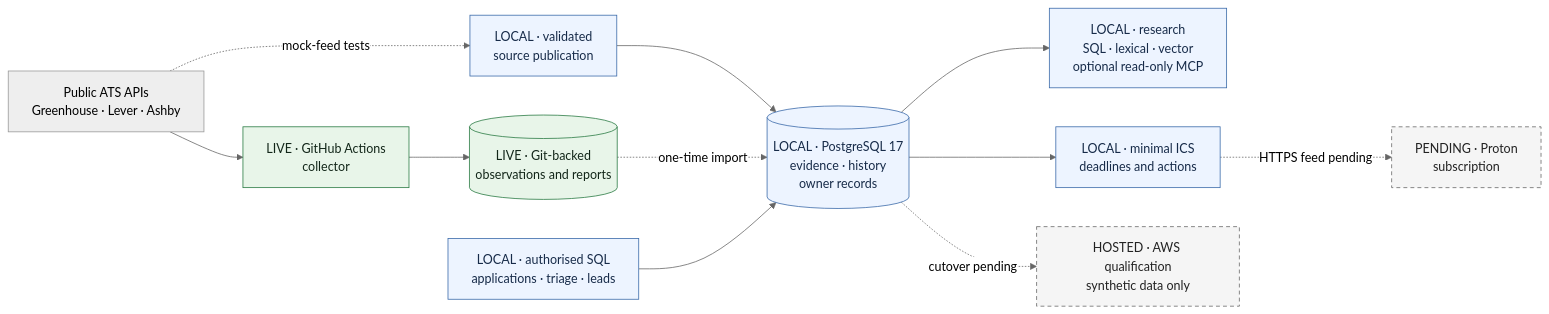
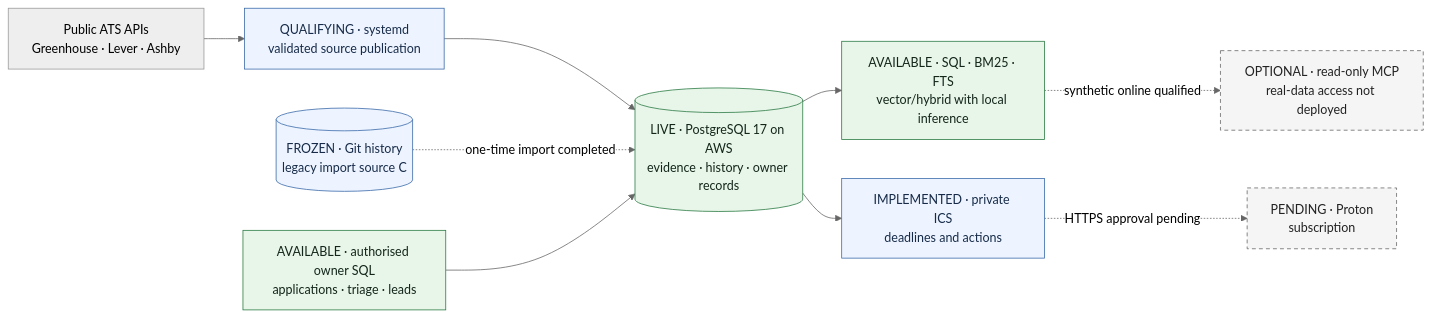
The diagram in README.md (keremnv/grad-job-tracker), drawn with Mermaid (neutral theme) before and after one commit. The commit also changed other lines of this file and 4 other files, not shown here.

Commit message:
ops: retire Git writer and hand production authority to PostgreSQL

````diff
--- a/README.md
+++ b/README.md
@@ -37,21 +39,19 @@
 ```mermaid
 flowchart LR
     ATS["Public ATS APIs<br/>Greenhouse · Lever · Ashby"]
-    ATS --> SCAN["LIVE · GitHub Actions<br/>collector"]
-    SCAN --> FILES[("LIVE · Git-backed<br/>observations and reports")]
-    ATS -. "mock-feed tests" .-> PUBLISH["LOCAL · validated<br/>source publication"]
-    PUBLISH --> PG[("LOCAL · PostgreSQL 17<br/>evidence · history<br/>owner records")]
-    FILES -. "one-time import" .-> PG
-    OWNER["LOCAL · authorised SQL<br/>applications · triage · leads"] --> PG
-    PG --> RESEARCH["LOCAL · research<br/>SQL · lexical · vector<br/>optional read-only MCP"]
-    PG --> ICS["LOCAL · minimal ICS<br/>deadlines and actions"]
-    PG -. "cutover pending" .-> AWS["HOSTED · AWS qualification<br/>synthetic data only"]
-    ICS -. "HTTPS feed pending" .-> PROTON["PENDING · Proton<br/>subscription"]
+    ATS --> PUBLISH["QUALIFYING · systemd<br/>validated source publication"]
+    PUBLISH --> PG[("LIVE · PostgreSQL 17 on AWS<br/>evidence · history · owner records")]
+    FILES[("FROZEN · Git history<br/>legacy import source C")] -. "one-time import completed" .-> PG
+    OWNER["AVAILABLE · authorised owner SQL<br/>applications · triage · leads"] --> PG
+    PG --> RESEARCH["AVAILABLE · SQL · BM25 · FTS<br/>vector/hybrid with local inference"]
+    RESEARCH -. "synthetic online qualified" .-> MCP["OPTIONAL · read-only MCP<br/>real-data access not deployed"]
+    PG --> ICS["IMPLEMENTED · private ICS<br/>deadlines and actions"]
+    ICS -. "HTTPS approval pending" .-> PROTON["PENDING · Proton<br/>subscription"]
 
     classDef live fill:#e8f5e9,stroke:#287a42,color:#122619
     classDef qualified fill:#edf4ff,stroke:#3868a8,color:#172b49
     classDef pending fill:#f5f5f5,stroke:#666,color:#222,stroke-dasharray:5 4
-    class SCAN,FILES live
-    class PUBLISH,PG,RESEARCH,OWNER,ICS qualified
-    class AWS,PROTON pending
+    class PG,OWNER,RESEARCH live
+    class PUBLISH,FILES,ICS qualified
+    class MCP,PROTON pending
 ```
````
